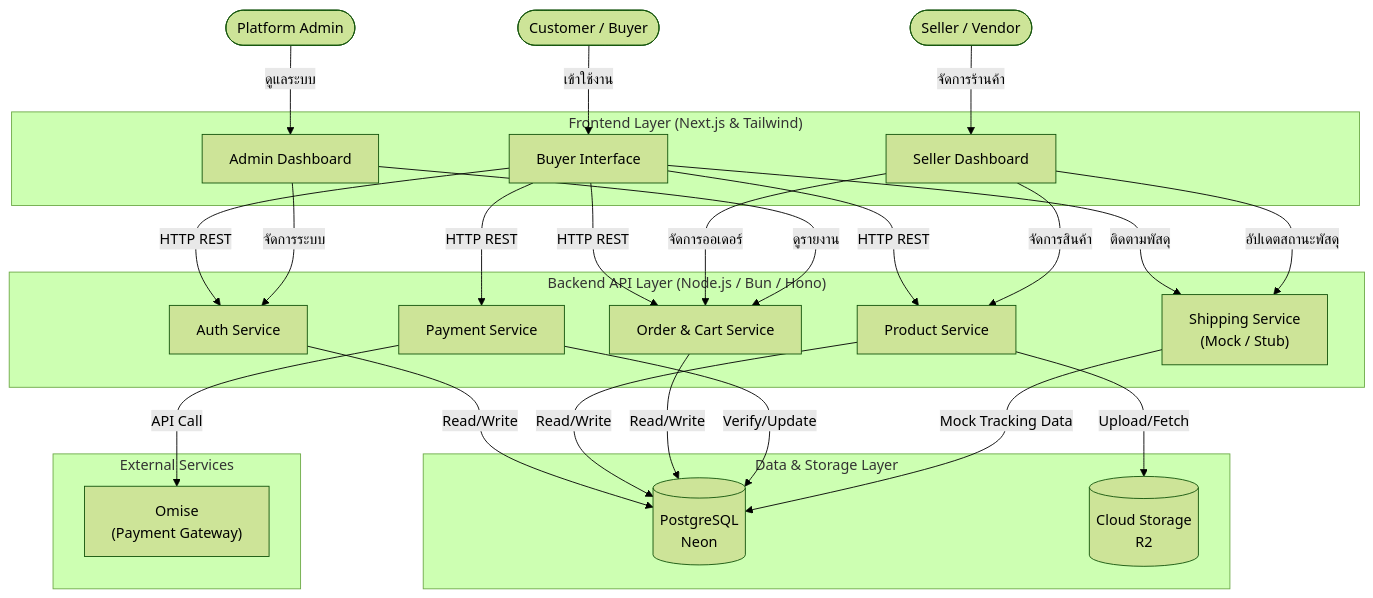
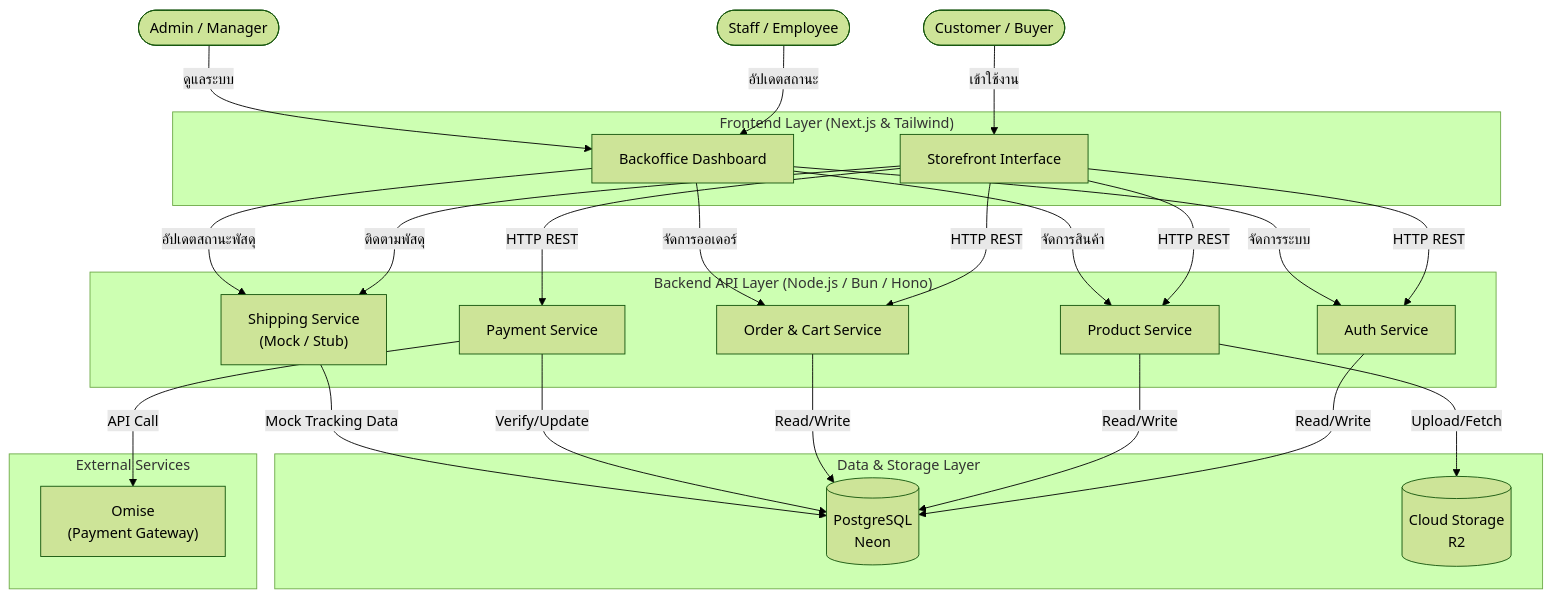
The diagram in README.md (Hoyama1122/bareandbold_front), drawn with Mermaid (forest theme) before and after one commit. The commit also changed other lines of this file, not shown here.

````diff
--- a/README.md
+++ b/README.md
@@ -169,63 +169,60 @@
 ```mermaid
 graph TD
     %% 1. Actors Layer
     Customer(["Customer / Buyer"])
-    Seller(["Seller / Vendor"])
-    Admin(["Platform Admin"])
+    Staff(["Staff / Employee"])
+    Admin(["Admin / Manager"])
 
     %% 2. Frontend Layer
     subgraph Frontend ["Frontend Layer (Next.js & Tailwind)"]
-        BuyerUI["Buyer Interface"]
-        SellerUI["Seller Dashboard"]
-        AdminUI["Admin Dashboard"]
+        BuyerUI["Storefront Interface"]
+        AdminUI["Backoffice Dashboard"]
     end
 
     %% 3. Backend Layer
     subgraph Backend ["Backend API Layer (Node.js / Bun / Hono)"]
         Auth["Auth Service"]
         Product["Product Service"]
         Order["Order & Cart Service"]
         Payment["Payment Service"]
         Shipping["Shipping Service <br> (Mock / Stub)"]
     end
 
     %% 4. Infrastructure & Database Layer
     subgraph Infrastructure ["Data & Storage Layer"]
         DB[("PostgreSQL <br> Neon")]
         Storage[("Cloud Storage <br> R2")]
     end
 
     %% 5. External Services Layer
     subgraph External ["External Services"]
         Omise["Omise <br> (Payment Gateway)"]
     end
 
     %% --- Connections ---
     
     Customer -->|เข้าใช้งาน| BuyerUI
-    Seller -->|จัดการร้านค้า| SellerUI
+    Staff -->|อัปเดตสถานะ| AdminUI
     Admin -->|ดูแลระบบ| AdminUI
 
     BuyerUI -->|HTTP REST| Auth
     BuyerUI -->|HTTP REST| Product
     BuyerUI -->|HTTP REST| Order
     BuyerUI -->|HTTP REST| Payment
     BuyerUI -->|ติดตามพัสดุ| Shipping
 
-    SellerUI -->|อัปเดตสถานะพัสดุ| Shipping
-    SellerUI -->|จัดการออเดอร์| Order
-    SellerUI -->|จัดการสินค้า| Product
-
-    AdminUI -->|ดูรายงาน| Order
+    AdminUI -->|อัปเดตสถานะพัสดุ| Shipping
+    AdminUI -->|จัดการออเดอร์| Order
+    AdminUI -->|จัดการสินค้า| Product
     AdminUI -->|จัดการระบบ| Auth
 
     Auth -->|Read/Write| DB
     Product -->|Read/Write| DB
     Product -->|Upload/Fetch| Storage
     Order -->|Read/Write| DB
     Payment -->|Verify/Update| DB
     
     %% Gateway & Mock Connections
     Payment -->|API Call| Omise
     Shipping -->|Mock Tracking Data| DB
 ```
````
